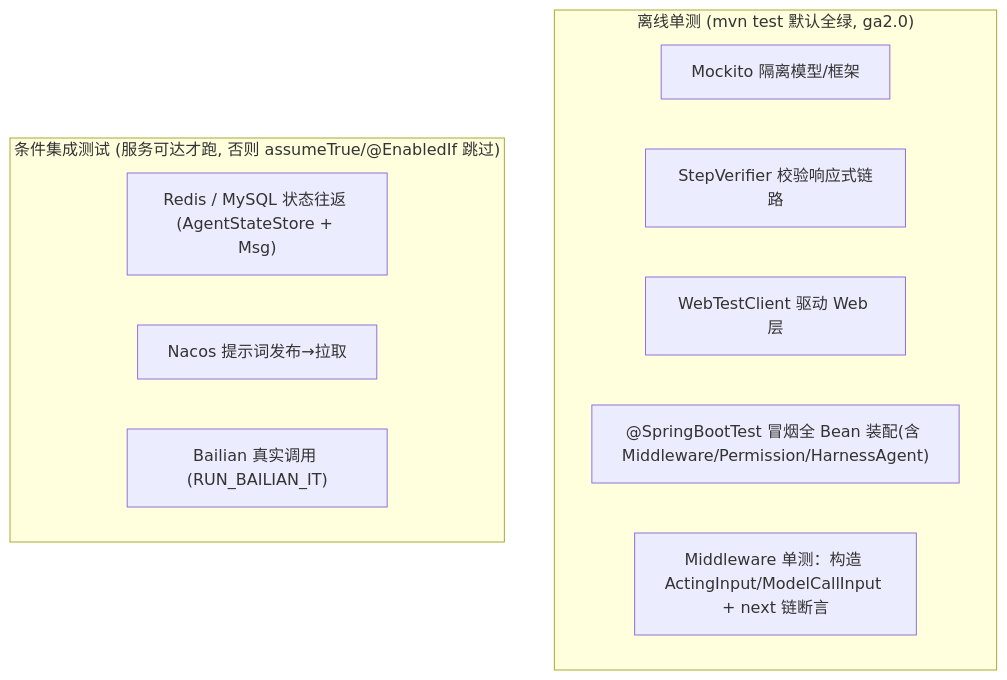
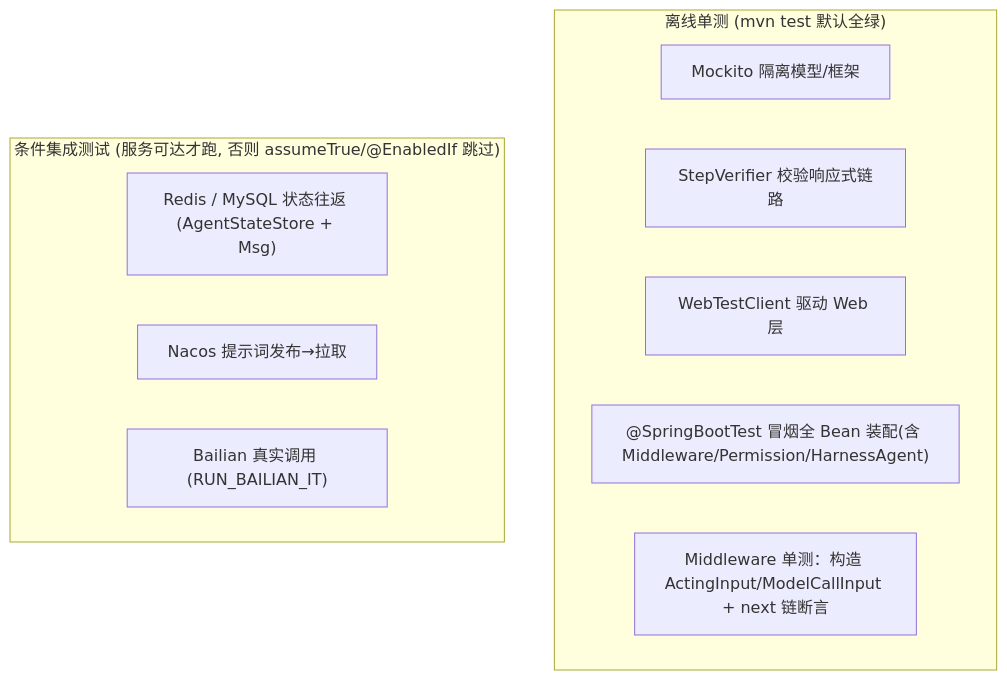
One commit to liulangjietou/customer_work changed diagram 29 of 32 in docs/详细技术文档.md. Above: the diagram before and after it, drawn with Mermaid. The commit also changed other lines of this file and 11 other files, not shown here.

````diff
--- a/docs/详细技术文档.md
+++ b/docs/详细技术文档.md
@@ -952,15 +953,15 @@
 ```mermaid
 flowchart TB
-    subgraph 离线单测["离线单测 (mvn test 默认全绿, ga2.0)"]
+    subgraph 离线单测["离线单测 (mvn test 默认全绿)"]
         U1["Mockito 隔离模型/框架"]
         U2["StepVerifier 校验响应式链路"]
         U3["WebTestClient 驱动 Web 层"]
         U4["@SpringBootTest 冒烟全 Bean 装配(含 Middleware/Permission/HarnessAgent)"]
         U5["Middleware 单测：构造 ActingInput/ModelCallInput + next 链断言"]
     end
     subgraph 条件集成["条件集成测试 (服务可达才跑, 否则 assumeTrue/@EnabledIf 跳过)"]
         I1["Redis / MySQL 状态往返 (AgentStateStore + Msg)"]
         I2["Nacos 提示词发布→拉取"]
         I3["Bailian 真实调用 (RUN_BAILIAN_IT)"]
     end
 ```
````
